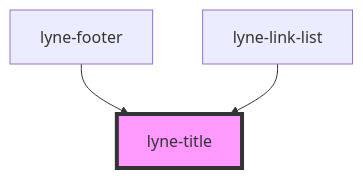
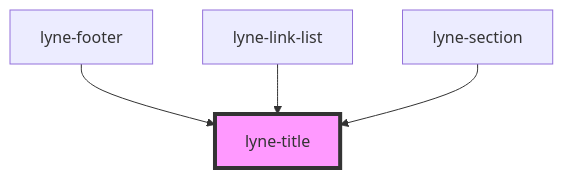
One commit to sbb-design-systems/lyne-components changed the diagram in src/components/lyne-title/readme.md. Above: the diagram before and after it, drawn with Mermaid. The commit also changed other lines of this file and 11 other files, not shown here.

````diff
--- a/src/components/lyne-title/readme.md
+++ b/src/components/lyne-title/readme.md
@@ -26,6 +27,7 @@
 ```mermaid
 graph TD;
   lyne-footer --> lyne-title
   lyne-link-list --> lyne-title
+  lyne-section --> lyne-title
   style lyne-title fill:#f9f,stroke:#333,stroke-width:4px
 ```
````
